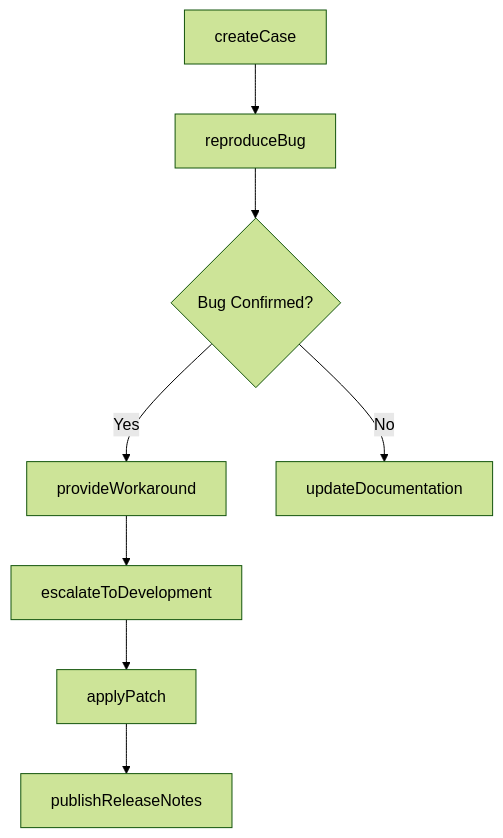
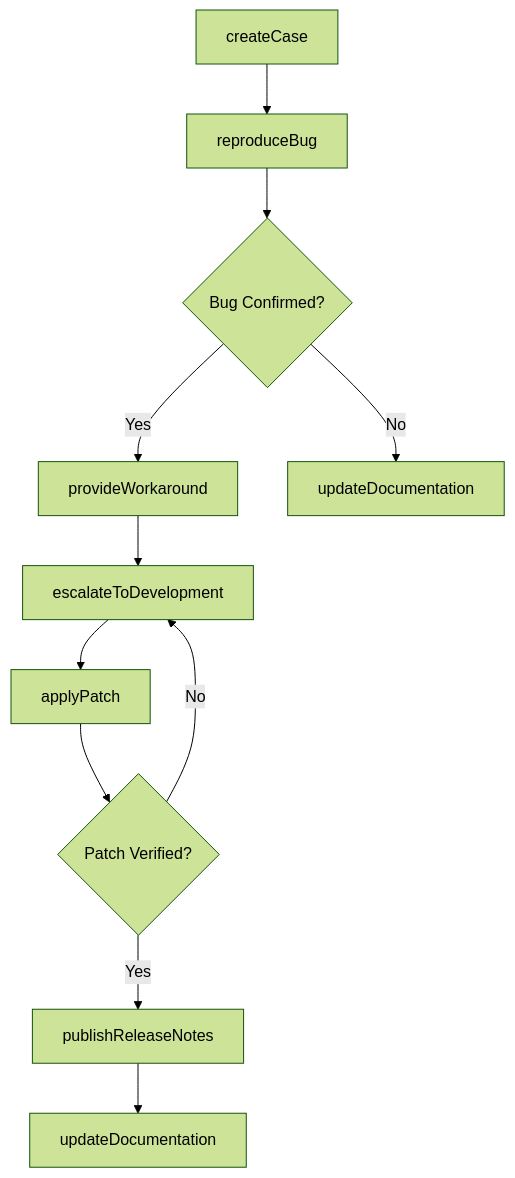
Before and after one commit to dot-org-ai/tasks.org.ai: the third of 4 diagrams in ProvidingConsultationAndAdviceToOthers/AdviseOthersOnTheDesignOrUseOfTechnologies/ProvideTechnicalSupportSoftwareMaintenance.mdx, drawn with Mermaid (forest theme). The commit also changed other lines of this file and 307 other files, not shown here.

First line of the commit message:
feat: Add ER diagrams and state diagrams to remaining 308 DWA task files (wave 3 complete)

````diff
--- a/ProvidingConsultationAndAdviceToOthers/AdviseOthersOnTheDesignOrUseOfTechnologies/ProvideTechnicalSupportSoftwareMaintenance.mdx
+++ b/ProvidingConsultationAndAdviceToOthers/AdviseOthersOnTheDesignOrUseOfTechnologies/ProvideTechnicalSupportSoftwareMaintenance.mdx
@@ -87,10 +114,13 @@
 ```mermaid
 graph TD
     A[createCase] --> B[reproduceBug]
     B --> C{Bug Confirmed?}
     C -->|Yes| D[provideWorkaround]
     C -->|No| E[updateDocumentation]
     D --> F[escalateToDevelopment]
     F --> G[applyPatch]
-    G --> H[publishReleaseNotes]
+    G --> H{Patch Verified?}
+    H -->|Yes| I[publishReleaseNotes]
+    H -->|No| F
+    I --> J[updateDocumentation]
 ```
````
